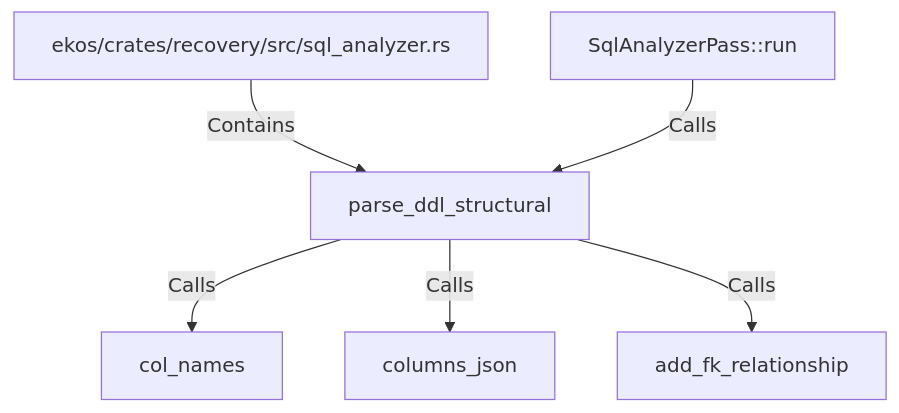
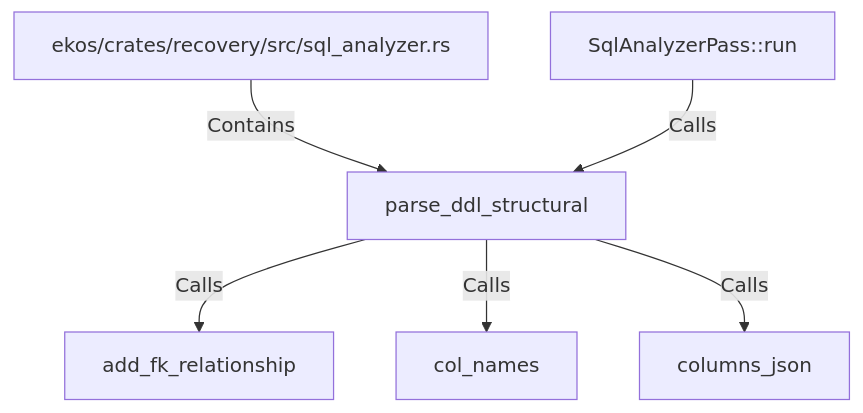
One commit to alexeyban/EKOS changed the diagram in doc/entities/rustsymbol/pa/parse-ddl-structural.md. Above: the diagram before and after it, drawn with Mermaid. The commit also changed other lines of this file and 552 other files, not shown here.

````diff
--- a/doc/entities/rustsymbol/pa/parse-ddl-structural.md
+++ b/doc/entities/rustsymbol/pa/parse-ddl-structural.md
@@ -24,14 +24,14 @@
 ```mermaid
 graph TD
     n627d6f75f3e852778b29ff55036731c3["parse_ddl_structural"]
     ncd768c5e164051c3b6eccb7ac78ade6d["ekos/crates/recovery/src/sql_analyzer.rs"]
     ncd768c5e164051c3b6eccb7ac78ade6d -->|Contains| n627d6f75f3e852778b29ff55036731c3
     n9650fe076a5c57dc9a45705995b82a4a["SqlAnalyzerPass::run"]
     n9650fe076a5c57dc9a45705995b82a4a -->|Calls| n627d6f75f3e852778b29ff55036731c3
+    n1a03d4720f175c60ac70af44732a3110["add_fk_relationship"]
+    n627d6f75f3e852778b29ff55036731c3 -->|Calls| n1a03d4720f175c60ac70af44732a3110
     n60432b6b485852ab8fa54825c5600764["col_names"]
     n627d6f75f3e852778b29ff55036731c3 -->|Calls| n60432b6b485852ab8fa54825c5600764
     n01ed4254b1355b4ea18add6e9163f9ce["columns_json"]
     n627d6f75f3e852778b29ff55036731c3 -->|Calls| n01ed4254b1355b4ea18add6e9163f9ce
-    n1a03d4720f175c60ac70af44732a3110["add_fk_relationship"]
-    n627d6f75f3e852778b29ff55036731c3 -->|Calls| n1a03d4720f175c60ac70af44732a3110
 ```
````
